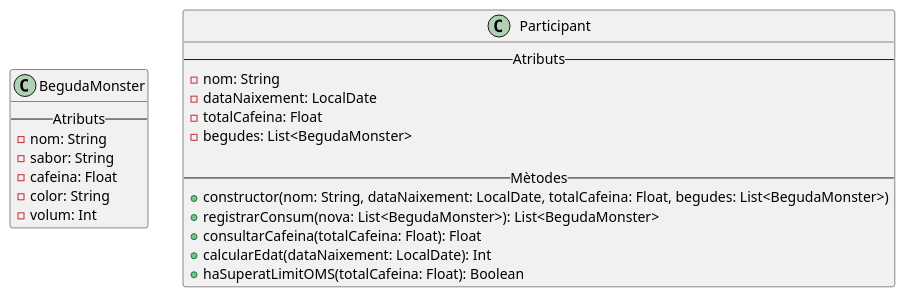
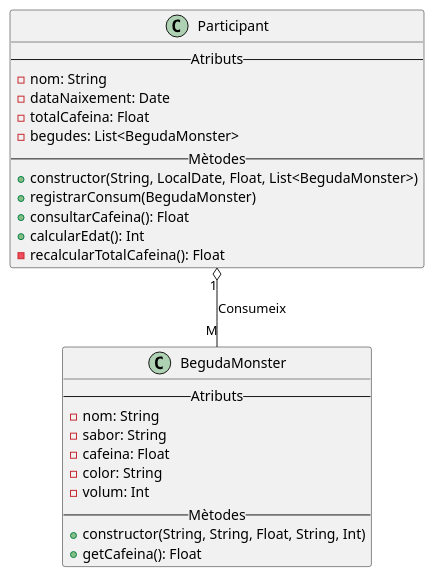
The diagram in src/main/kotlin/uml/Exercici3.puml (MarcBonamusa/DiagramesClasses), drawn with PlantUML before and after one commit. The commit also changed 11 other files, not shown here.

```diff
--- a/src/main/kotlin/uml/Exercici3.puml
+++ b/src/main/kotlin/uml/Exercici3.puml
@@ -1,28 +1,31 @@
 @startuml
 'https://plantuml.com/class-diagram
 
 class BegudaMonster {
     -- Atributs --
     - nom: String
     - sabor: String
     - cafeina: Float
     - color: String
     - volum: Int
+    -- Mètodes --
+    + constructor(String, String, Float, String, Int)
+    + getCafeina(): Float
 }
 
 class Participant {
     -- Atributs --
     - nom: String
-    - dataNaixement: LocalDate
+    - dataNaixement: Date
     - totalCafeina: Float
     - begudes: List<BegudaMonster>
-
     -- Mètodes --
-    + constructor(nom: String, dataNaixement: LocalDate, totalCafeina: Float, begudes: List<BegudaMonster>)
-    + registrarConsum(nova: List<BegudaMonster>): List<BegudaMonster>
-    + consultarCafeina(totalCafeina: Float): Float
-    + calcularEdat(dataNaixement: LocalDate): Int
-    + haSuperatLimitOMS(totalCafeina: Float): Boolean
+    + constructor(String, LocalDate, Float, List<BegudaMonster>)
+    + registrarConsum(BegudaMonster)
+    + consultarCafeina(): Float
+    + calcularEdat(): Int
+    - recalcularTotalCafeina(): Float
 }
+Participant "1" o-down- "M" BegudaMonster: Consumeix
 
 @enduml
```
